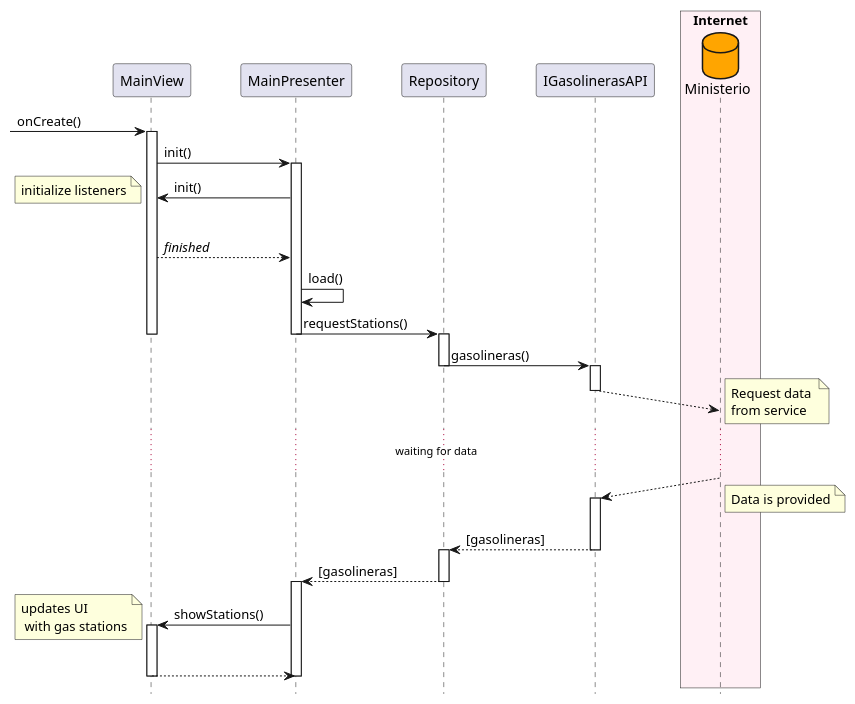
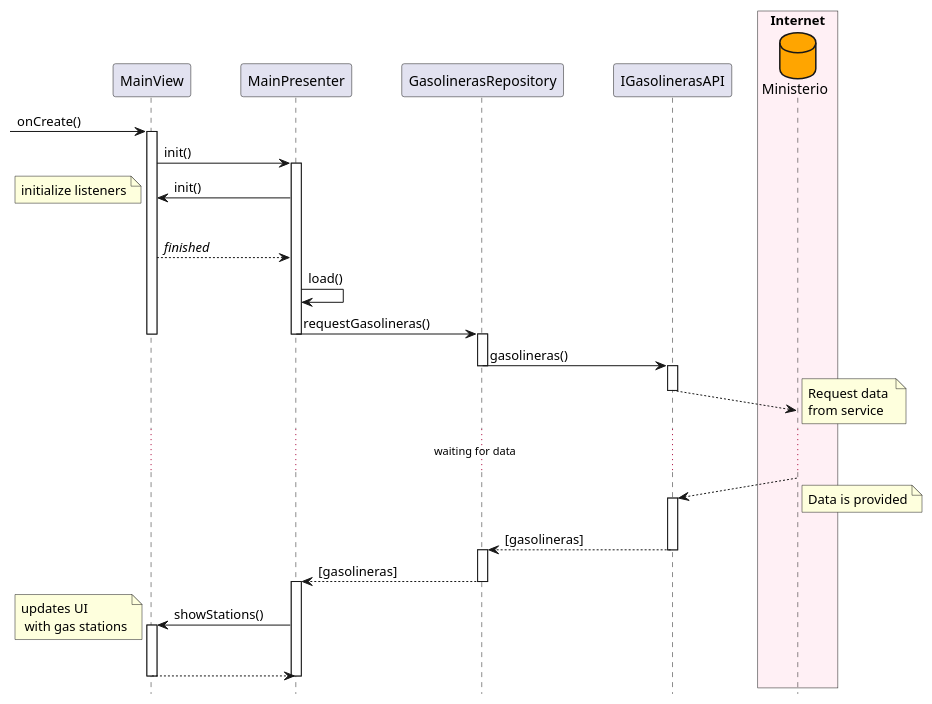
One commit to isunican/App-Gasolineras-2024 changed the diagram in Docs/Models/sequence.puml. Above: the diagram before and after it, drawn with PlantUML. The commit also changed 11 other files, not shown here.

```diff
--- a/Docs/Models/sequence.puml
+++ b/Docs/Models/sequence.puml
@@ -1,67 +1,67 @@
 @startuml
 
 hide footbox
 skinparam ParticipantPadding 20
 
 participant MainView
 participant MainPresenter
-participant Repository
+participant GasolinerasRepository
 participant IGasolinerasAPI
 
 box "Internet" #lavenderblush
 database Ministerio #orange
 endbox
 
 [-> MainView : onCreate()
 activate MainView
 
 MainView -> MainPresenter : init()
 activate MainPresenter
 
 MainPresenter -> MainView : init()
 note left: initialize listeners
 |||
 
 MainPresenter <-- MainView : //finished//
 
 MainPresenter -> MainPresenter : load()
 
-MainPresenter -> Repository : requestStations()
+MainPresenter -> GasolinerasRepository : requestGasolineras()
 
 deactivate MainView
 deactivate MainPresenter
-activate Repository
+activate GasolinerasRepository
 
-Repository -> IGasolinerasAPI : gasolineras()
-deactivate Repository
+GasolinerasRepository -> IGasolinerasAPI : gasolineras()
+deactivate GasolinerasRepository
 activate IGasolinerasAPI
 
 IGasolinerasAPI -->(20) Ministerio
 deactivate IGasolinerasAPI
 note right: Request data \nfrom service
 
 ...waiting for data...
 
 Ministerio -->(20) IGasolinerasAPI
 activate IGasolinerasAPI
 note right: Data is provided
 
-IGasolinerasAPI --> Repository : [gasolineras]
+IGasolinerasAPI --> GasolinerasRepository : [gasolineras]
 deactivate IGasolinerasAPI
-activate Repository
+activate GasolinerasRepository
 
-Repository --> MainPresenter : [gasolineras]
-deactivate Repository
+GasolinerasRepository --> MainPresenter : [gasolineras]
+deactivate GasolinerasRepository
 activate MainPresenter
 
 MainPresenter -> MainView : showStations()
 activate MainView
 note left: updates UI\n with gas stations
 
 |||
 
 MainView --> MainPresenter
 deactivate MainView
 deactivate MainPresenter
 
 @enduml
```
